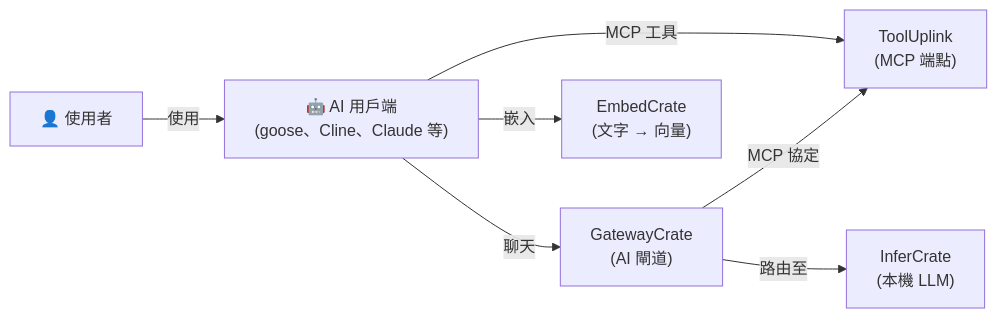
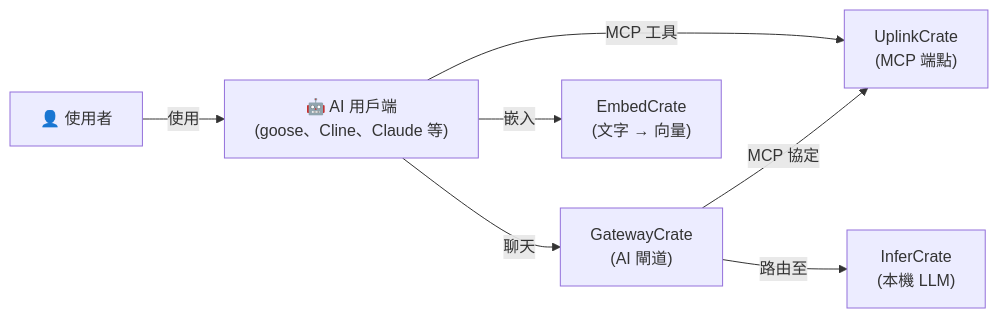
The diagram in stacks/code-assistant/README-zh-Hant.md (hwdsl2/self-hosted-ai-stack), drawn with Mermaid before and after one commit. The commit also changed other lines of this file and 22 other files, not shown here.

````diff
--- a/stacks/code-assistant/README-zh-Hant.md
+++ b/stacks/code-assistant/README-zh-Hant.md
@@ -17,9 +17,9 @@
 ```mermaid
 graph LR
     U["👤 使用者"] -->|使用| C["🤖 AI 用戶端<br/>(goose、Cline、Claude 等)"]
-    C -->|MCP 工具| M["ToolUplink<br/>(MCP 端點)"]
+    C -->|MCP 工具| M["UplinkCrate<br/>(MCP 端點)"]
     C -->|聊天| L["GatewayCrate<br/>(AI 閘道)"]
     L -->|路由至| O["InferCrate<br/>(本機 LLM)"]
     L -->|MCP 協定| M
     C -->|嵌入| E["EmbedCrate<br/>(文字 → 向量)"]
 ```
````
